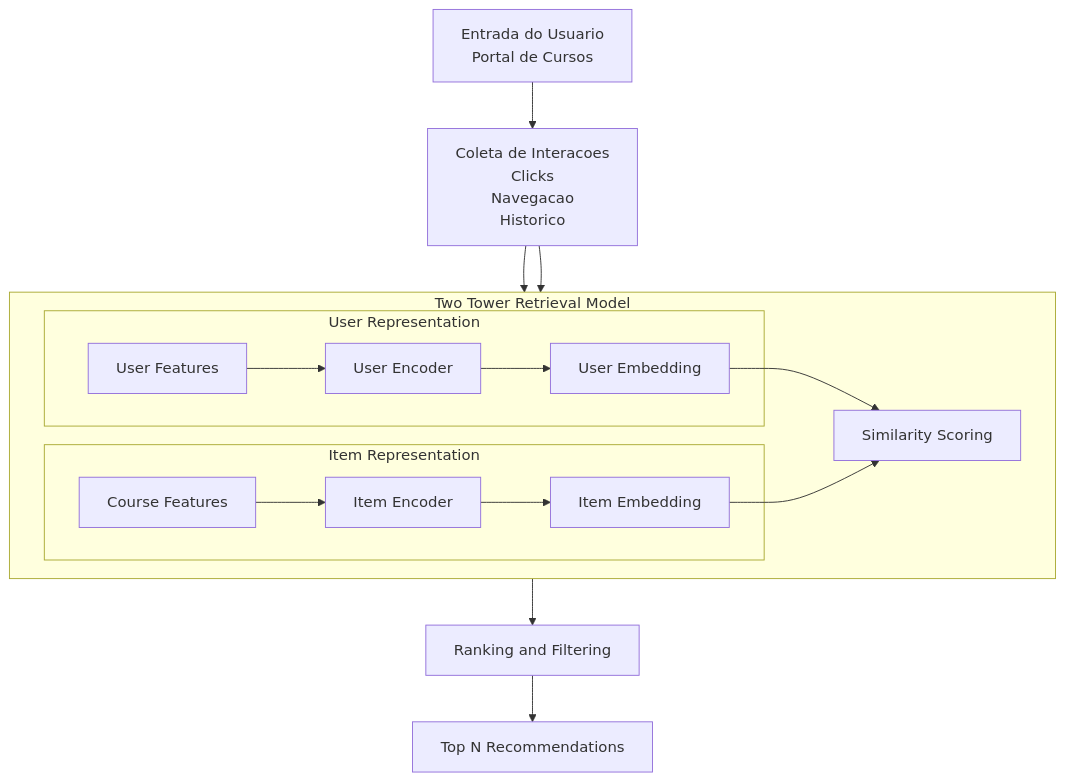
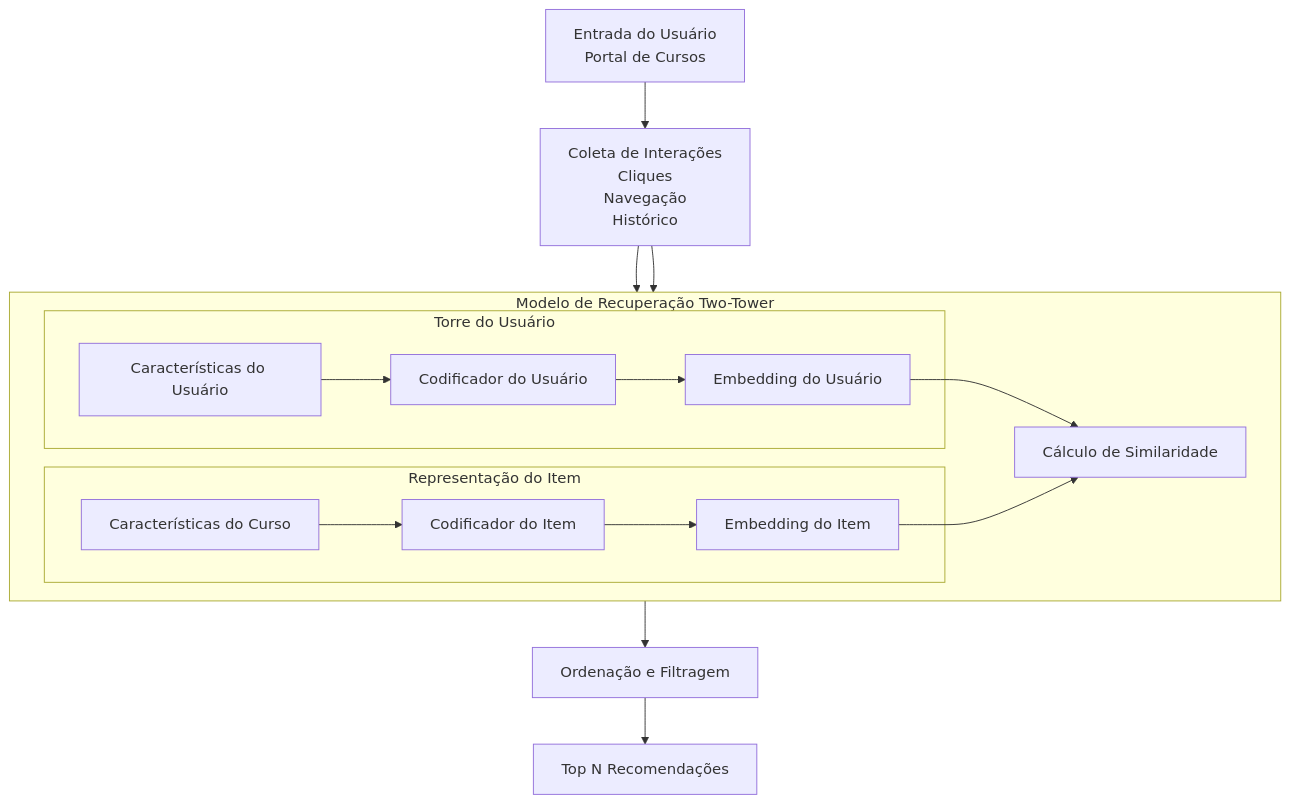
Before and after one commit to daniell-santana/Sistema_Recomendacao_Tow_Tower: the diagram in README.md, drawn with Mermaid.

````diff
--- a/README.md
+++ b/README.md
@@ -6,27 +6,27 @@
 ```mermaid
 flowchart TB
-    A[Entrada do Usuario<br/>Portal de Cursos] --> B[Coleta de Interacoes<br/>Clicks<br/>Navegacao<br/>Historico]
+    A[Entrada do Usuário<br/>Portal de Cursos] --> B[Coleta de Interações<br/>Cliques<br/>Navegação<br/>Histórico]
 
-    subgraph TT[Two Tower Retrieval Model]
+    subgraph TT[Modelo de Recuperação Two-Tower]
         direction LR
 
-        subgraph UT[User Representation]
-            C[User Features] --> D[User Encoder]
-            D --> E[User Embedding]
+        subgraph UT[Torre do Usuário]
+            C[Características do Usuário] --> D[Codificador do Usuário]
+            D --> E[Embedding do Usuário]
         end
 
-        subgraph IT[Item Representation]
-            F[Course Features] --> G[Item Encoder]
-            G --> H[Item Embedding]
+        subgraph IT[Representação do Item]
+            F[Características do Curso] --> G[Codificador do Item]
+            G --> H[Embedding do Item]
         end
 
-        E --> I[Similarity Scoring]
+        E --> I[Cálculo de Similaridade]
         H --> I
     end
 
     B --> C
     B --> F
 
-    I --> J[Ranking and Filtering]
-    J --> K[Top N Recommendations]
+    I --> J[Ordenação e Filtragem]
+    J --> K[Top N Recomendações]
 ```
````
